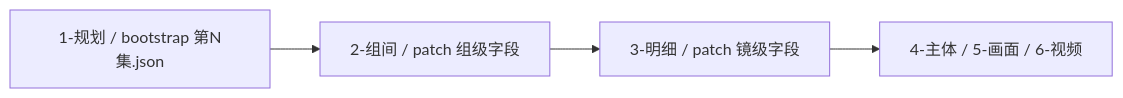
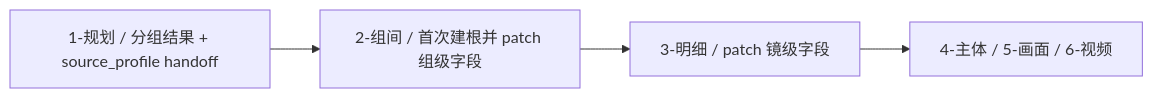
The second of 2 diagrams in .agents/skills/aigc/2-组间/SKILL.md (ZEN-VOID/AI-CUT), drawn with Mermaid before and after one commit. The commit also changed other lines of this file and 54 other files, not shown here.

````diff
--- a/.agents/skills/aigc/2-组间/SKILL.md
+++ b/.agents/skills/aigc/2-组间/SKILL.md
@@ -69,6 +69,6 @@
 ```mermaid
 flowchart LR
-    A["1-规划 / bootstrap 第N集.json"] --> B["2-组间 / patch 组级字段"]
+    A["1-规划 / 分组结果 + source_profile handoff"] --> B["2-组间 / 首次建根并 patch 组级字段"]
     B --> C["3-明细 / patch 镜级字段"]
     C --> D["4-主体 / 5-画面 / 6-视频"]
 ```
````
